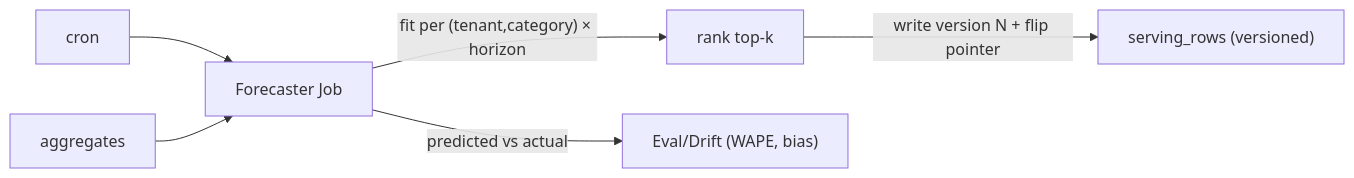
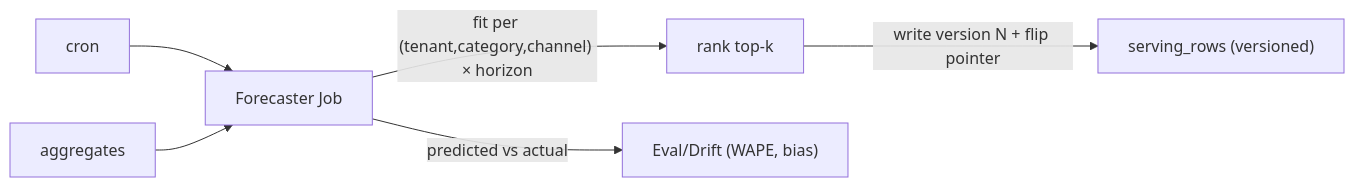
One commit to heminjoshi/sales-forecasting-platform changed the second of 3 diagrams in docs/diagrams/data-flow.md. Above: the diagram before and after it, drawn with Mermaid. The commit also changed 15 other files, not shown here.

````diff
--- a/docs/diagrams/data-flow.md
+++ b/docs/diagrams/data-flow.md
@@ -19,8 +19,8 @@
 ```mermaid
 flowchart LR
     CR["cron"] --> F["Forecaster Job"]
     AGG["aggregates"] --> F
-    F -->|"fit per (tenant,category) × horizon"| RK["rank top-k"]
+    F -->|"fit per (tenant,category,channel) × horizon"| RK["rank top-k"]
     RK -->|"write version N + flip pointer"| SV["serving_rows (versioned)"]
     F -->|"predicted vs actual"| EV["Eval/Drift (WAPE, bias)"]
 ```
````
